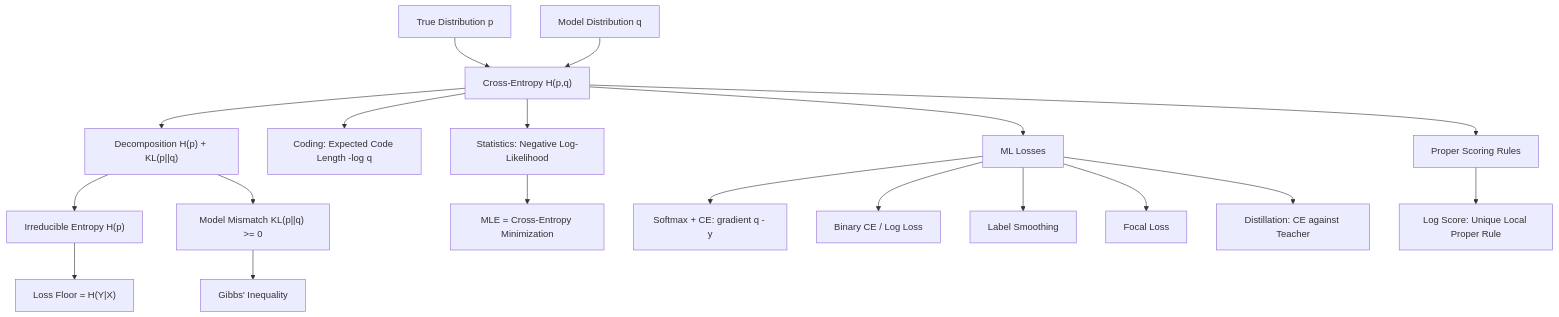
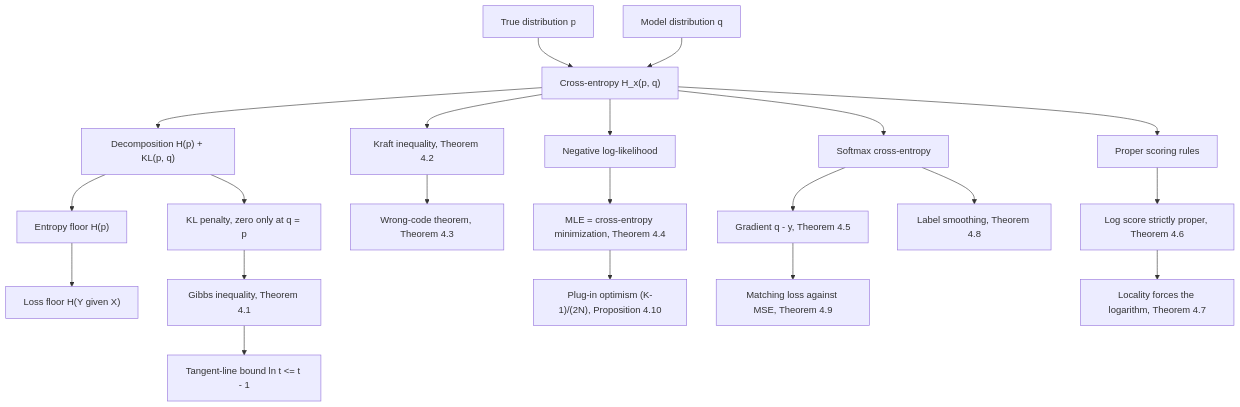
The diagram in information_theory/03_cross_entropy_and_loss_functions/README.md (hien078/applied-mathematics-foundation), drawn with Mermaid before and after one commit. The commit also changed other lines of this file and 150 other files, not shown here.

````diff
--- a/information_theory/03_cross_entropy_and_loss_functions/README.md
+++ b/information_theory/03_cross_entropy_and_loss_functions/README.md
@@ -24,21 +59,23 @@
 ```mermaid
 graph TD
-    A["True Distribution p"] --> C["Cross-Entropy H(p,q)"]
-    B["Model Distribution q"] --> C
-    C --> D["Decomposition H(p) + KL(p||q)"]
-    D --> E["Irreducible Entropy H(p)"]
-    D --> F["Model Mismatch KL(p||q) >= 0"]
-    F --> G["Gibbs' Inequality"]
-    C --> H["Coding: Expected Code Length -log q"]
-    C --> I["Statistics: Negative Log-Likelihood"]
-    I --> J["MLE = Cross-Entropy Minimization"]
-    C --> K["ML Losses"]
-    K --> L["Softmax + CE: gradient q - y"]
-    K --> M["Binary CE / Log Loss"]
-    K --> N["Label Smoothing"]
-    K --> O["Focal Loss"]
-    K --> P["Distillation: CE against Teacher"]
-    C --> Q["Proper Scoring Rules"]
-    Q --> R["Log Score: Unique Local Proper Rule"]
-    E --> S["Loss Floor = H(Y|X)"]
+    A["True distribution p"] --> C["Cross-entropy H_x(p, q)"]
+    B["Model distribution q"] --> C
+    C --> D["Decomposition H(p) + KL(p, q)"]
+    D --> E["Entropy floor H(p)"]
+    D --> F["KL penalty, zero only at q = p"]
+    F --> G["Gibbs inequality, Theorem 4.1"]
+    G --> H["Tangent-line bound ln t <= t - 1"]
+    C --> I["Kraft inequality, Theorem 4.2"]
+    I --> J["Wrong-code theorem, Theorem 4.3"]
+    C --> K["Negative log-likelihood"]
+    K --> L["MLE = cross-entropy minimization, Theorem 4.4"]
+    C --> M["Softmax cross-entropy"]
+    M --> N["Gradient q - y, Theorem 4.5"]
+    M --> O["Label smoothing, Theorem 4.8"]
+    C --> P["Proper scoring rules"]
+    P --> Q["Log score strictly proper, Theorem 4.6"]
+    Q --> R["Locality forces the logarithm, Theorem 4.7"]
+    N --> S["Matching loss against MSE, Theorem 4.9"]
+    L --> T["Plug-in optimism (K-1)/(2N), Proposition 4.10"]
+    E --> U["Loss floor H(Y given X)"]
 ```
````
